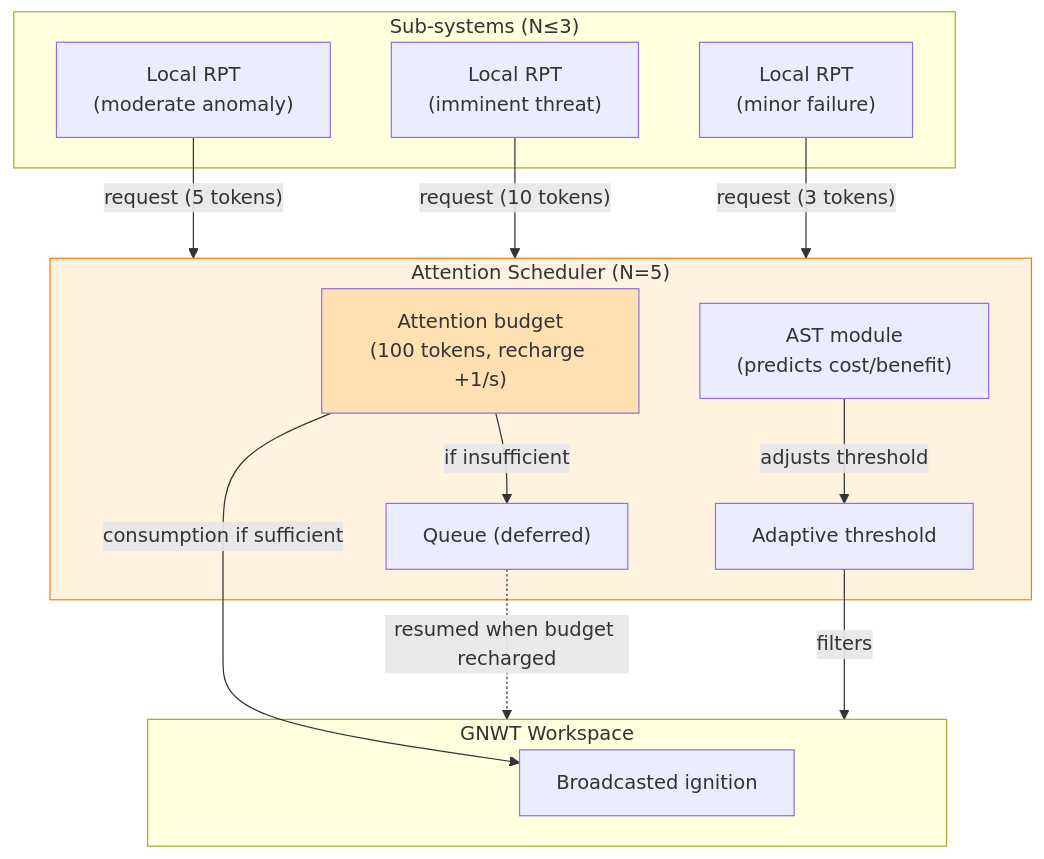
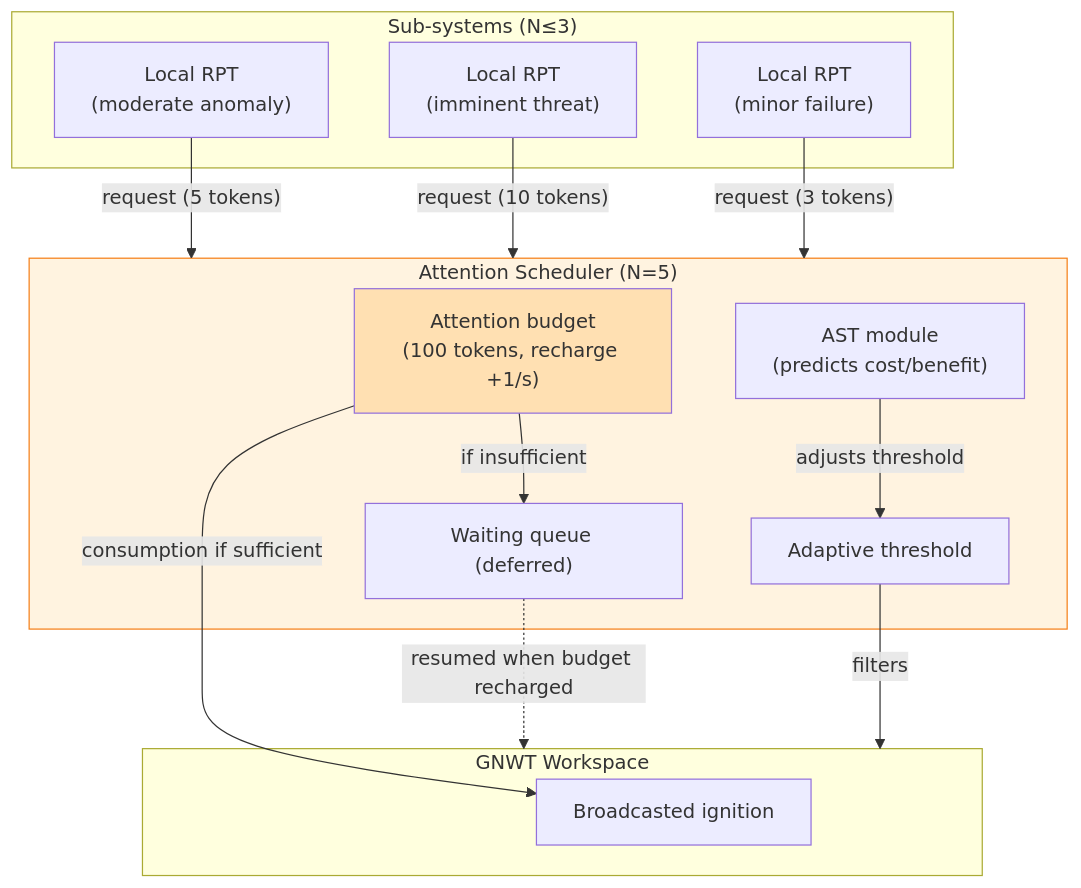
One commit to AlainCo/GNWT-Garrigue-X-en changed the fifth of 6 diagrams in concepts/concepts.md. Above: the diagram before and after it, drawn with Mermaid. The commit also changed other lines of this file and 24 other files, not shown here.

````diff
--- a/concepts/concepts.md
+++ b/concepts/concepts.md
@@ -529,33 +542,33 @@
 ```mermaid
 flowchart TD
     subgraph Inputs ["Sub-systems (N≤3)"]
-        A["Local RPT\n(moderate anomaly)"]
-        B["Local RPT\n(imminent threat)"]
-        C["Local RPT\n(minor failure)"]
+        A["Local RPT<br>(moderate anomaly)"]
+        B["Local RPT<br>(imminent threat)"]
+        C["Local RPT<br>(minor failure)"]
     end
 
     subgraph Scheduler ["Attention Scheduler (N=5)"]
-        Budget["Attention budget\n(100 tokens, recharge +1/s)"]
-        AST["AST module\n(predicts cost/benefit)"]
-        File["Queue (deferred)"]
+        Budget["Attention budget<br>(100 tokens, recharge +1/s)"]
+        AST["AST module<br>(predicts cost/benefit)"]
+        File["Waiting queue (deferred)"]
         Seuil["Adaptive threshold"]
     end
 
     subgraph Workspace ["GNWT Workspace"]
         Ignition["Broadcasted ignition"]
     end
 
     A -->|"request (5 tokens)"| Scheduler
     B -->|"request (10 tokens)"| Scheduler
     C -->|"request (3 tokens)"| Scheduler
 
     Budget -->|"consumption if sufficient"| Ignition
     Budget -->|"if insufficient"| File
     AST -->|"adjusts threshold"| Seuil
     Seuil -->|"filters"| Workspace
 
     File -.->|"resumed when budget recharged"| Workspace
 
     style Scheduler fill:#fff3e0,stroke:#f57f17
     style Budget fill:#ffe0b2
 ```
````
